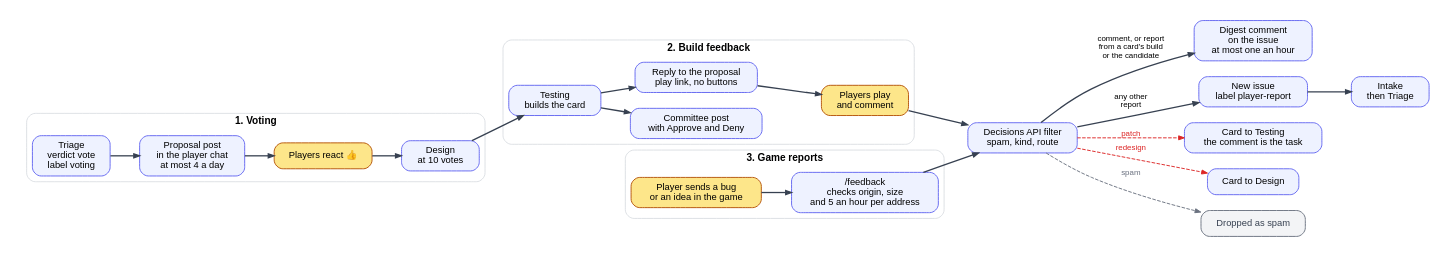
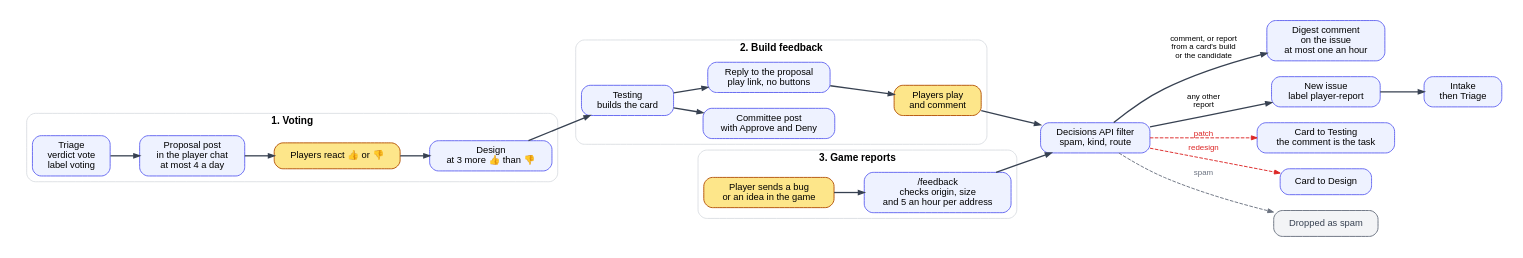
The diagram in factory/docs/diagrams/public.dot (ROAM-game-org/road-machiners), drawn with Graphviz before and after one commit. The commit also changed 4 other files, not shown here.

Commit message:
Settings and docs: proposals need 3 more 👍 than 👎, and the post shows the rule and both counts

```diff
--- a/factory/docs/diagrams/public.dot
+++ b/factory/docs/diagrams/public.dot
@@ -1,54 +1,54 @@
 // Public inputs: voting, build feedback and game reports. Black: normal path. Red: loops back. Grey: leaves the flow. Yellow: waits for people.
 digraph public {
   rankdir=LR; nodesep=0.3; ranksep=0.55; bgcolor=white; pad=0.3; newrank=true;
   node [shape=box, style="rounded,filled", fillcolor="#eef2ff", color="#6366f1", fontname="Helvetica", fontsize=13, margin="0.2,0.1", penwidth=1.3, width=1.5];
   edge [color="#374151", penwidth=1.8, arrowsize=0.8, fontname="Helvetica", fontsize=11];
 
   subgraph cluster_vote {
     label="1. Voting"; fontname="Helvetica-Bold"; fontsize=14; color="#d1d5db"; style=rounded;
     triage [label="Triage\nverdict vote\nlabel voting"];
     proposal [label="Proposal post\nin the player chat\nat most 4 a day"];
-    votes [label="Players react 👍", fillcolor="#fde68a", color="#b45309"];
-    design [label="Design\nat 10 votes"];
+    votes [label="Players react 👍 or 👎", fillcolor="#fde68a", color="#b45309"];
+    design [label="Design\nat 3 more 👍 than 👎"];
     triage -> proposal -> votes -> design;
   }
 
   subgraph cluster_build {
     label="2. Build feedback"; fontname="Helvetica-Bold"; fontsize=14; color="#d1d5db"; style=rounded;
     testing [label="Testing\nbuilds the card"];
     committeePost [label="Committee post\nwith Approve and Deny"];
     reply [label="Reply to the proposal\nplay link, no buttons"];
     comment [label="Players play\nand comment", fillcolor="#fde68a", color="#b45309"];
     testing -> committeePost;
     testing -> reply -> comment;
   }
 
   subgraph cluster_report {
     label="3. Game reports"; fontname="Helvetica-Bold"; fontsize=14; color="#d1d5db"; style=rounded;
     form [label="Player sends a bug\nor an idea in the game", fillcolor="#fde68a", color="#b45309"];
     feedback [label="/feedback\nchecks origin, size\nand 5 an hour per address"];
     form -> feedback;
   }
 
   filter [label="Decisions API filter\nspam, kind, route"];
   digest [label="Digest comment\non the issue\nat most one an hour"];
   newIssue [label="New issue\nlabel player-report"];
   intake [label="Intake\nthen Triage"];
   patch [label="Card to Testing\nthe comment is the task"];
   redesign [label="Card to Design"];
   rejected [label="Dropped as spam", fillcolor="#f3f4f6", color="#6b7280", fontcolor="#374151"];
 
   design -> testing [weight=0];
   comment -> filter;
   feedback -> filter;
   filter -> digest [label="comment, or report\nfrom a card's build\nor the candidate"];
   filter -> newIssue [label="any other\nreport"];
   newIssue -> intake;
 
   edge [color="#dc2626", fontcolor="#dc2626", style=dashed, penwidth=1.3];
   filter -> patch [label="patch"];
   filter -> redesign [label="redesign"];
 
   edge [color="#6b7280", fontcolor="#6b7280", style=dashed, penwidth=1.3];
   filter -> rejected [label="spam"];
 }
```
